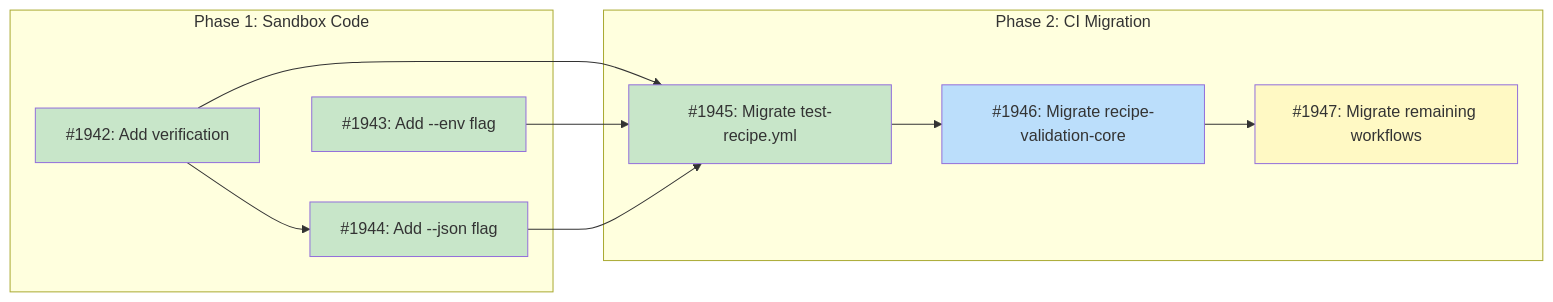
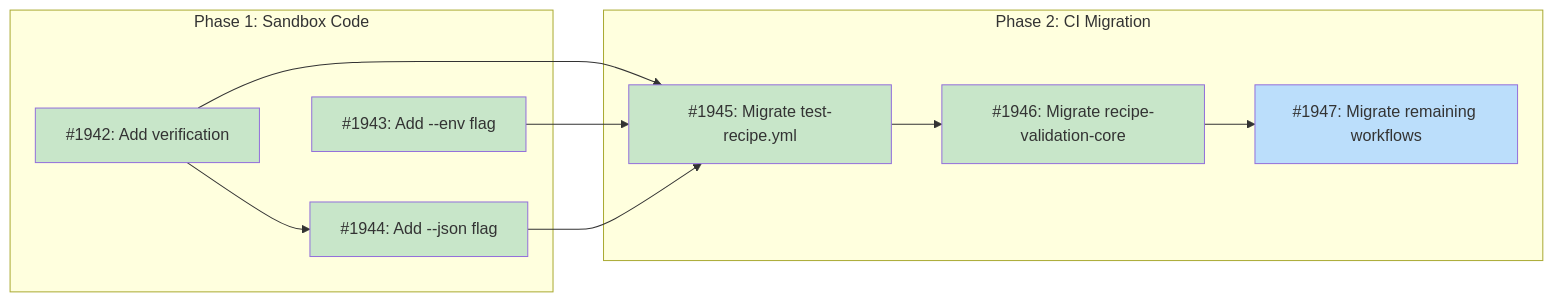
Before and after one commit to tsukumogami/tsuku: the diagram in docs/designs/DESIGN-sandbox-ci-integration.md, drawn with Mermaid. The commit also changed other lines of this file and 5 other files, not shown here.

````diff
--- a/docs/designs/DESIGN-sandbox-ci-integration.md
+++ b/docs/designs/DESIGN-sandbox-ci-integration.md
@@ -59,34 +59,34 @@
 ```mermaid
 graph LR
     subgraph Phase1["Phase 1: Sandbox Code"]
         I1942["#1942: Add verification"]
         I1943["#1943: Add --env flag"]
         I1944["#1944: Add --json flag"]
     end
 
     subgraph Phase2["Phase 2: CI Migration"]
         I1945["#1945: Migrate test-recipe.yml"]
         I1946["#1946: Migrate recipe-validation-core"]
         I1947["#1947: Migrate remaining workflows"]
     end
 
     I1942 --> I1944
     I1942 --> I1945
     I1943 --> I1945
     I1944 --> I1945
     I1945 --> I1946
     I1946 --> I1947
 
     classDef done fill:#c8e6c9
     classDef ready fill:#bbdefb
     classDef blocked fill:#fff9c4
     classDef needsDesign fill:#e1bee7
     classDef tracksDesign fill:#FFE0B2,stroke:#F57C00,color:#000
 
     class I1942 done
     class I1943 done
     class I1944 done
     class I1945 done
-    class I1946 ready
-    class I1947 blocked
+    class I1946 done
+    class I1947 ready
 ```
````
